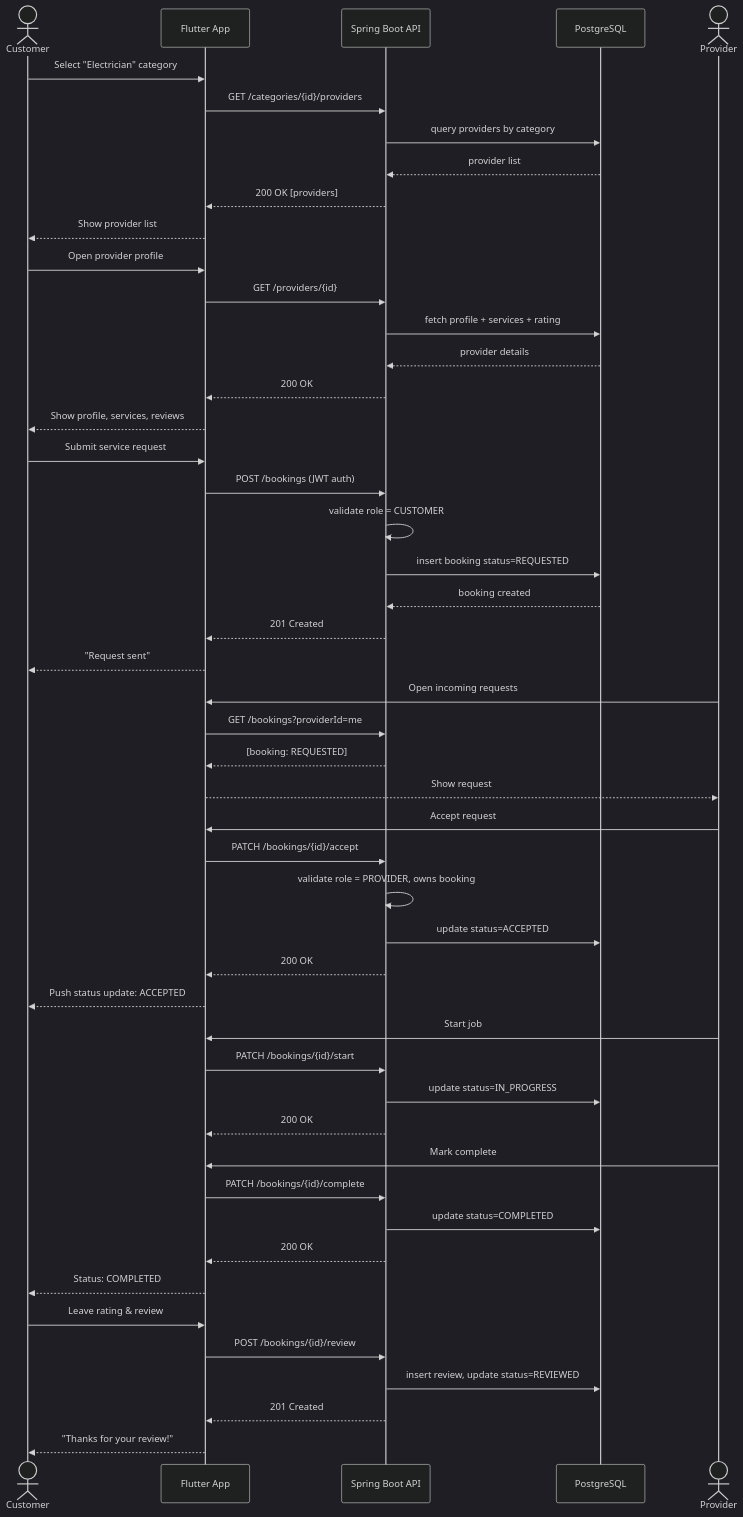
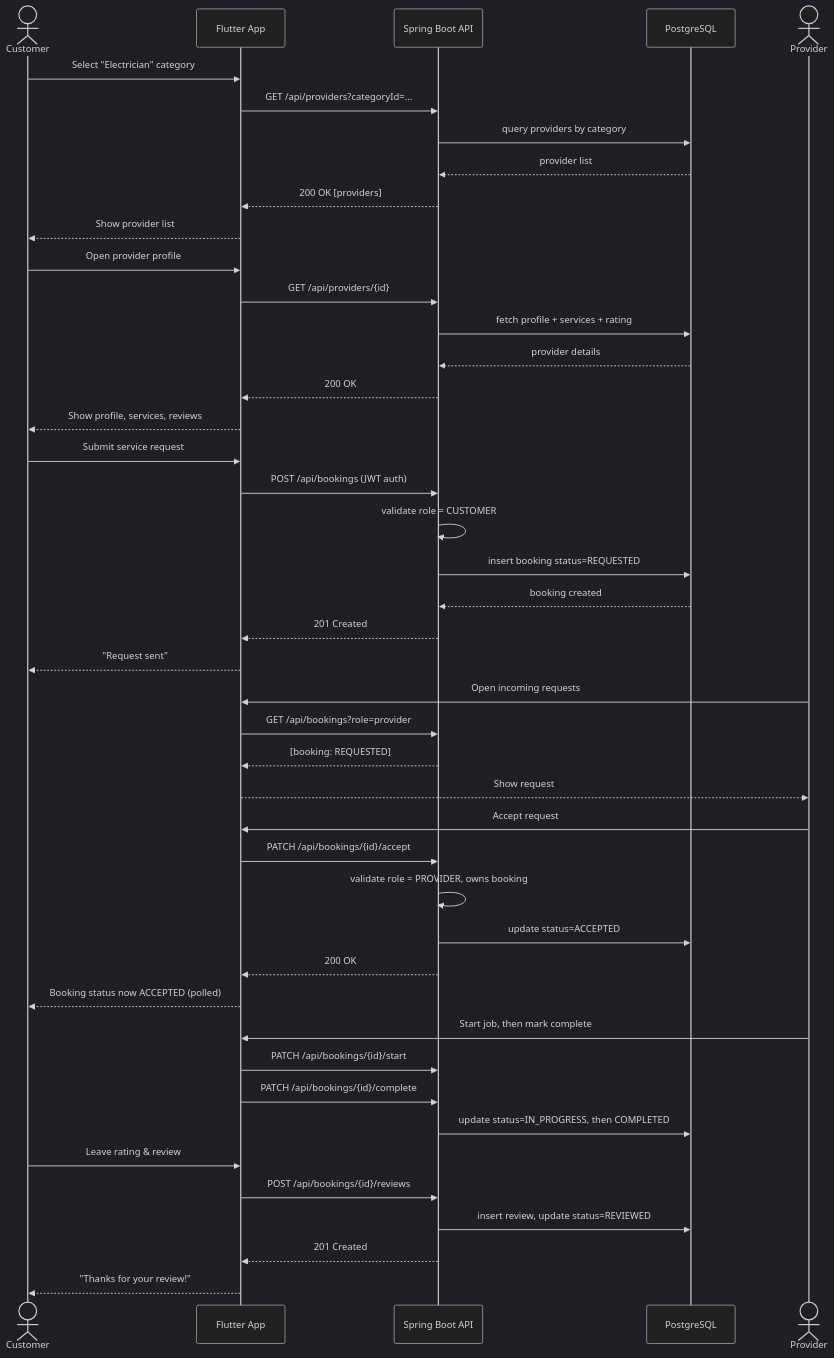
Before and after one commit to Mr-Olivier/Fasha: the third of 4 diagrams in README.md, drawn with Mermaid (dark theme). The commit also changed other lines of this file, not shown here.

````diff
--- a/README.md
+++ b/README.md
@@ -189,59 +179,53 @@
 ```mermaid
 sequenceDiagram
     actor C as Customer
     participant App as Flutter App
     participant API as Spring Boot API
     participant DB as PostgreSQL
     actor P as Provider
 
     C->>App: Select "Electrician" category
-    App->>API: GET /categories/{id}/providers
+    App->>API: GET /api/providers?categoryId=...
     API->>DB: query providers by category
     DB-->>API: provider list
     API-->>App: 200 OK [providers]
     App-->>C: Show provider list
 
     C->>App: Open provider profile
-    App->>API: GET /providers/{id}
+    App->>API: GET /api/providers/{id}
     API->>DB: fetch profile + services + rating
     DB-->>API: provider details
     API-->>App: 200 OK
     App-->>C: Show profile, services, reviews
 
     C->>App: Submit service request
-    App->>API: POST /bookings (JWT auth)
+    App->>API: POST /api/bookings (JWT auth)
     API->>API: validate role = CUSTOMER
     API->>DB: insert booking status=REQUESTED
     DB-->>API: booking created
     API-->>App: 201 Created
     App-->>C: "Request sent"
 
     P->>App: Open incoming requests
-    App->>API: GET /bookings?providerId=me
+    App->>API: GET /api/bookings?role=provider
     API-->>App: [booking: REQUESTED]
     App-->>P: Show request
 
     P->>App: Accept request
-    App->>API: PATCH /bookings/{id}/accept
+    App->>API: PATCH /api/bookings/{id}/accept
     API->>API: validate role = PROVIDER, owns booking
     API->>DB: update status=ACCEPTED
     API-->>App: 200 OK
-    App-->>C: Push status update: ACCEPTED
+    App-->>C: Booking status now ACCEPTED (polled)
 
-    P->>App: Start job
-    App->>API: PATCH /bookings/{id}/start
-    API->>DB: update status=IN_PROGRESS
-    API-->>App: 200 OK
-
-    P->>App: Mark complete
-    App->>API: PATCH /bookings/{id}/complete
-    API->>DB: update status=COMPLETED
-    API-->>App: 200 OK
-    App-->>C: Status: COMPLETED
+    P->>App: Start job, then mark complete
+    App->>API: PATCH /api/bookings/{id}/start
+    App->>API: PATCH /api/bookings/{id}/complete
+    API->>DB: update status=IN_PROGRESS, then COMPLETED
 
     C->>App: Leave rating & review
-    App->>API: POST /bookings/{id}/review
+    App->>API: POST /api/bookings/{id}/reviews
     API->>DB: insert review, update status=REVIEWED
     API-->>App: 201 Created
     App-->>C: "Thanks for your review!"
 ```
````
